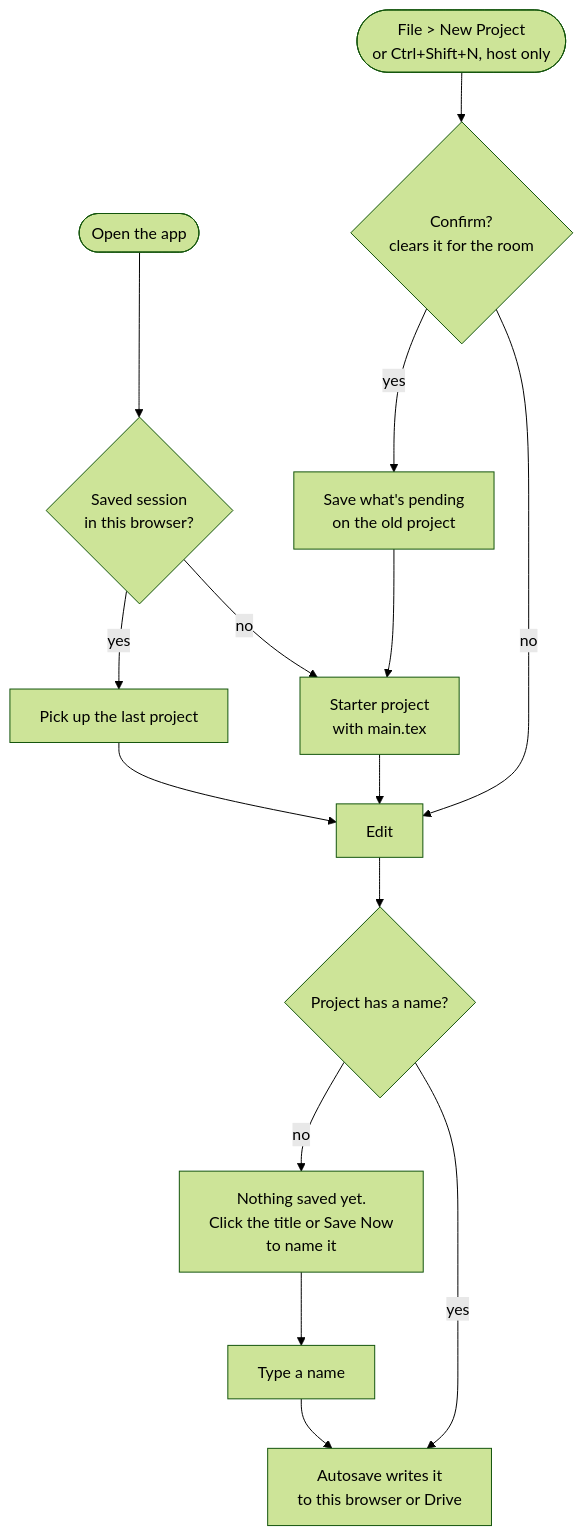
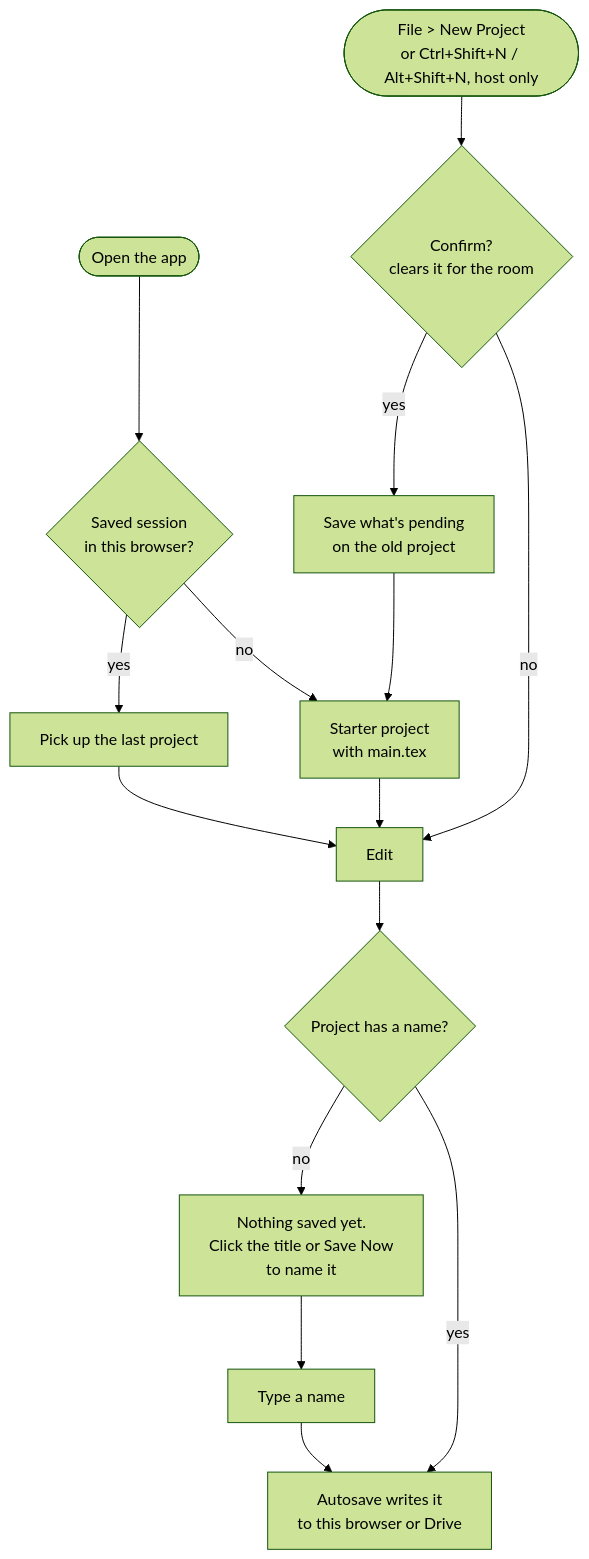
The second of 11 diagrams in docs/how-it-fits.md (PrestonHager/LaTeXCollaborativeEditor), drawn with Mermaid (forest theme) before and after one commit. The commit also changed 30 other files, not shown here.

````diff
--- a/docs/how-it-fits.md
+++ b/docs/how-it-fits.md
@@ -74,17 +74,17 @@
 ```mermaid
 flowchart TD
     A([Open the app]) --> B{Saved session<br/>in this browser?}
     B -- yes --> C[Pick up the last project]
     B -- no --> D[Starter project<br/>with main.tex]
     C --> E[Edit]
     D --> E
-    N([File > New Project<br/>or Ctrl+Shift+N, host only]) --> F{Confirm?<br/>clears it for the room}
+    N([File > New Project<br/>or Ctrl+Shift+N / Alt+Shift+N, host only]) --> F{Confirm?<br/>clears it for the room}
     F -- no --> E
     F -- yes --> G[Save what's pending<br/>on the old project]
     G --> D
     E --> H{Project has a name?}
     H -- no --> I[Nothing saved yet.<br/>Click the title or Save Now<br/>to name it]
     I --> J[Type a name]
     J --> K[Autosave writes it<br/>to this browser or Drive]
     H -- yes --> K
 ```
````
